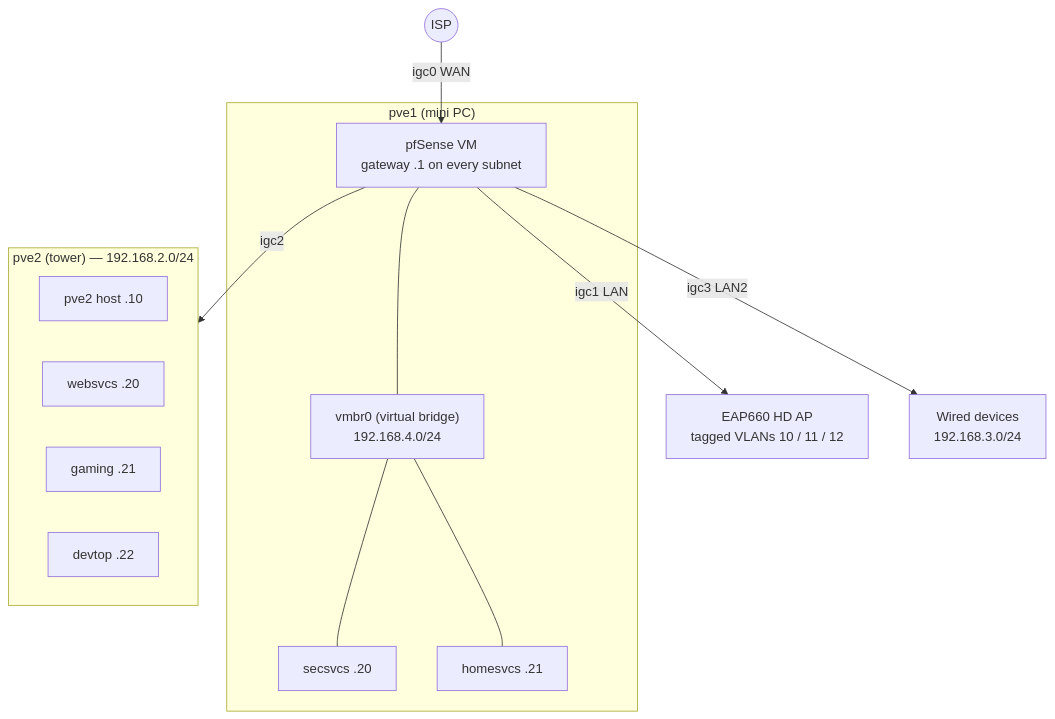
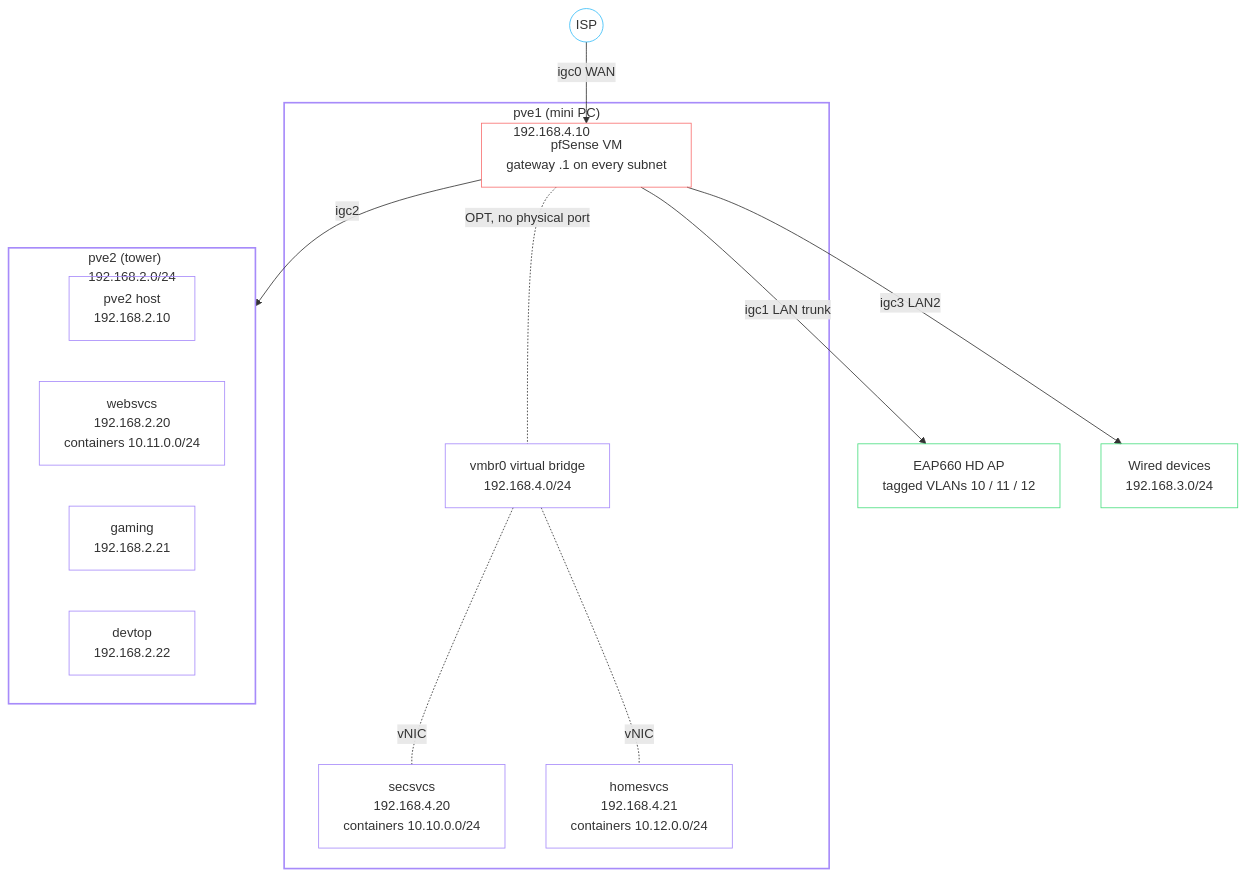
The first of 2 diagrams in docs/networking.md (babraham123/homelab), drawn with Mermaid before and after one commit. The commit also changed other lines of this file and 11 other files, not shown here.

Commit message:
improve diagrams, wording in docs/

````diff
--- a/docs/networking.md
+++ b/docs/networking.md
@@ -25,25 +25,40 @@
 ```mermaid
 flowchart TB
     isp(("ISP"))
-    subgraph pve1host["pve1 (mini PC)"]
+
+    subgraph pve1host["pve1 (mini PC)<br/>192.168.4.10"]
         pfsense["pfSense VM<br/>gateway .1 on every subnet"]
-        vmbr0["vmbr0 (virtual bridge)<br/>192.168.4.0/24"]
-        secsvcs["secsvcs .20"]
-        homesvcs["homesvcs .21"]
+        vmbr0["vmbr0 virtual bridge<br/>192.168.4.0/24"]
+        secsvcs["secsvcs<br/>192.168.4.20<br/>containers 10.10.0.0/24"]
+        homesvcs["homesvcs<br/>192.168.4.21<br/>containers 10.12.0.0/24"]
     end
+
+    subgraph pve2host["pve2 (tower)<br/>192.168.2.0/24"]
+        pve2["pve2 host<br/>192.168.2.10"]
+        websvcs["websvcs<br/>192.168.2.20<br/>containers 10.11.0.0/24"]
+        gaming["gaming<br/>192.168.2.21"]
+        devtop["devtop<br/>192.168.2.22"]
+    end
+
     ap["EAP660 HD AP<br/>tagged VLANs 10 / 11 / 12"]
     wired["Wired devices<br/>192.168.3.0/24"]
-    subgraph pve2host["pve2 (tower) — 192.168.2.0/24"]
-        pve2["pve2 host .10"]
-        websvcs["websvcs .20"]
-        gaming["gaming .21"]
-        devtop["devtop .22"]
-    end
-    isp -->|igc0 WAN| pfsense
-    pfsense -->|igc1 LAN| ap
-    pfsense -->|igc2| pve2host
-    pfsense -->|igc3 LAN2| wired
-    pfsense --- vmbr0
-    vmbr0 --- secsvcs
-    vmbr0 --- homesvcs
+
+    isp -- "igc0 WAN" --> pfsense
+    pfsense -- "igc1 LAN trunk" --> ap
+    pfsense -- "igc2" --> pve2host
+    pfsense -- "igc3 LAN2" --> wired
+    pfsense -. "OPT, no physical port" .- vmbr0
+    vmbr0 -. "vNIC" .- secsvcs
+    vmbr0 -. "vNIC" .- homesvcs
+
+    style pve1host stroke:#a78bfa,stroke-width:2px,fill:transparent
+    style pve2host stroke:#a78bfa,stroke-width:2px,fill:transparent
+    classDef ext stroke:#38bdf8,fill:transparent
+    classDef gate stroke:#f87171,fill:transparent
+    classDef host stroke:#a78bfa,fill:transparent
+    classDef dev stroke:#4ade80,fill:transparent
+    class isp ext
+    class pfsense gate
+    class vmbr0,secsvcs,homesvcs,pve2,websvcs,gaming,devtop host
+    class ap,wired dev
 ```
````
